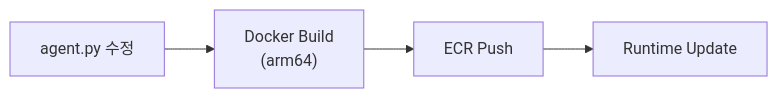
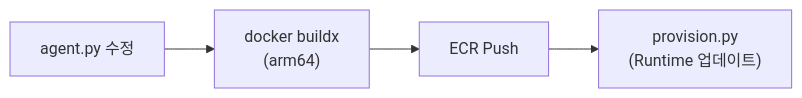
The fourth of 7 diagrams in docs-site/docs/faq/agentcore-memory.md (Atom-oh/awsops), drawn with Mermaid before and after one commit. The commit also changed other lines of this file and 14 other files, not shown here.

````diff
--- a/docs-site/docs/faq/agentcore-memory.md
+++ b/docs-site/docs/faq/agentcore-memory.md
@@ -134,6 +193,6 @@
 ```mermaid
 flowchart LR
-  EDIT["agent.py 수정"] --> BUILD["Docker Build<br/>(arm64)"]
+  EDIT["agent.py 수정"] --> BUILD["docker buildx<br/>(arm64)"]
   BUILD --> PUSH["ECR Push"]
-  PUSH --> UPDATE["Runtime Update"]
+  PUSH --> PROV["provision.py<br/>(Runtime 업데이트)"]
 ```
````
